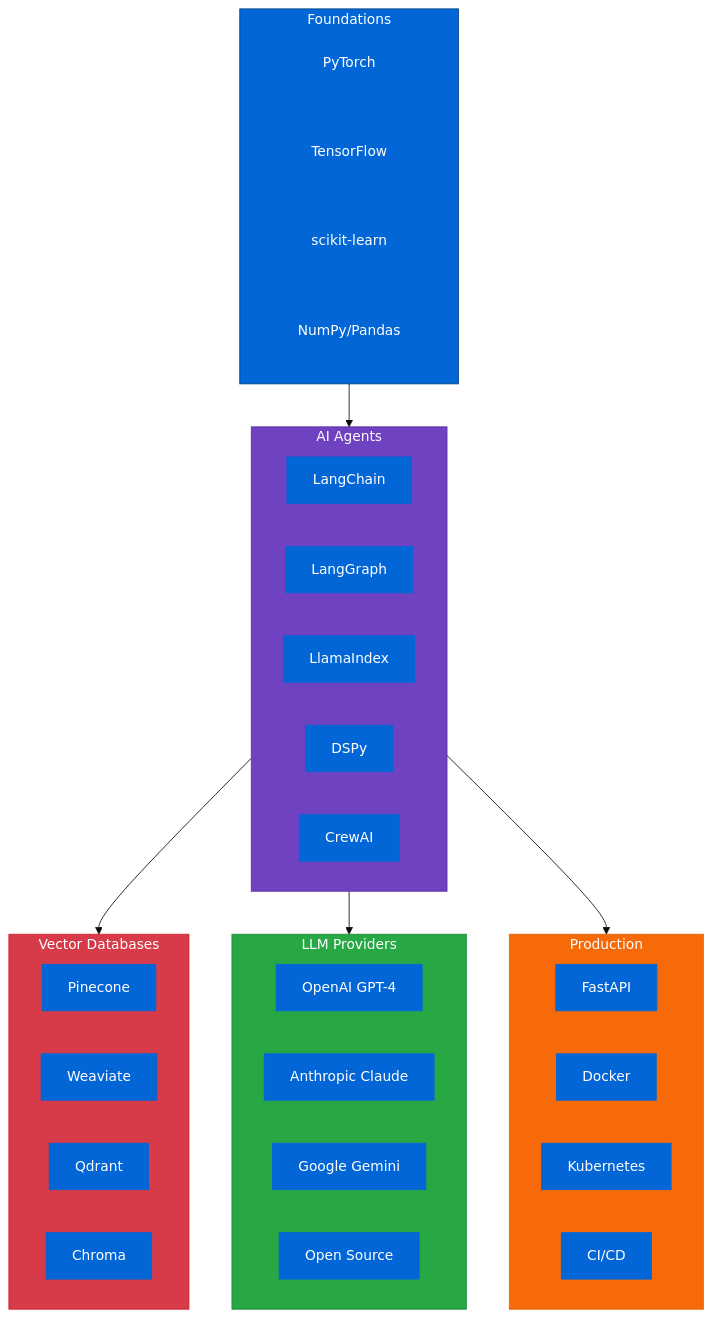
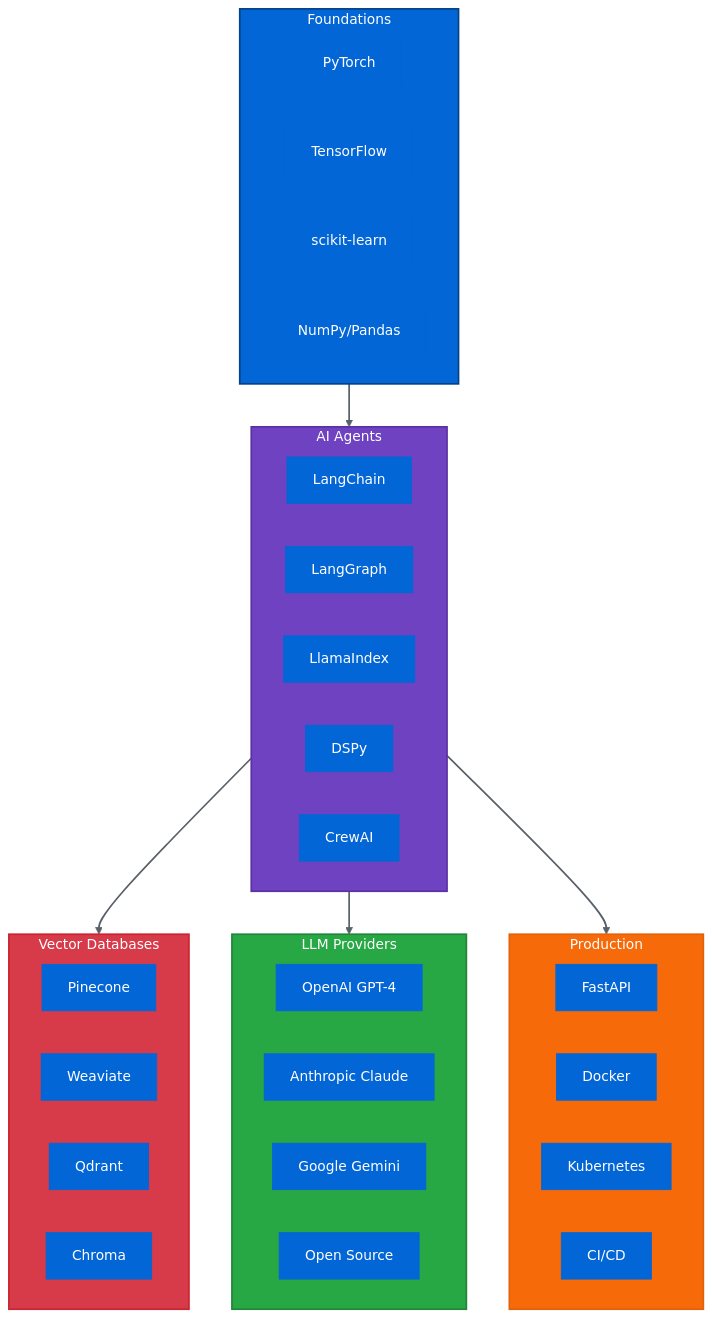
The fourth of 22 diagrams in README.md (nexageapps/AI), drawn with Mermaid before and after one commit. The commit also changed other lines of this file and 1 other file, not shown here.

````diff
--- a/README.md
+++ b/README.md
@@ -143,50 +147,52 @@
 ```mermaid
-%%{init: {'theme':'base', 'themeVariables': {'primaryColor':'#0366d6','primaryTextColor':'#fff','primaryBorderColor':'#0366d6'}}}%%
+%%{init: {'theme':'base', 'themeVariables': {'primaryColor':'#0366d6','primaryTextColor':'#fff','primaryBorderColor':'#0366d6','lineColor':'#586069','defaultLinkColor':'#586069','edgeLabelBackground':'#fafbfc'}}}%%
 graph TD
     subgraph Foundations
         F1[PyTorch]
         F2[TensorFlow]
         F3[scikit-learn]
         F4[NumPy/Pandas]
     end
     
     subgraph Agents["AI Agents"]
         A1[LangChain]
         A2[LangGraph]
         A3[LlamaIndex]
         A4[DSPy]
         A5[CrewAI]
     end
     
     subgraph VectorDB["Vector Databases"]
         V1[Pinecone]
         V2[Weaviate]
         V3[Qdrant]
         V4[Chroma]
     end
     
     subgraph LLMs["LLM Providers"]
         L1[OpenAI GPT-4]
         L2[Anthropic Claude]
         L3[Google Gemini]
         L4[Open Source]
     end
     
     subgraph Production
         P1[FastAPI]
         P2[Docker]
         P3[Kubernetes]
         P4[CI/CD]
     end
     
     Foundations --> Agents
     Agents --> VectorDB
     Agents --> LLMs
     Agents --> Production
     
-    style Foundations fill:#0366d6,stroke:#044289,color:#fff
-    style Agents fill:#6f42c1,stroke:#5a32a3,color:#fff
-    style VectorDB fill:#d73a49,stroke:#cb2431,color:#fff
-    style LLMs fill:#28a745,stroke:#22863a,color:#fff
-    style Production fill:#f66a0a,stroke:#e36209,color:#fff
+    linkStyle default stroke:#586069,stroke-width:2px
+    
+    style Foundations fill:#0366d6,stroke:#044289,stroke-width:2px,color:#fff
+    style Agents fill:#6f42c1,stroke:#5a32a3,stroke-width:2px,color:#fff
+    style VectorDB fill:#d73a49,stroke:#cb2431,stroke-width:2px,color:#fff
+    style LLMs fill:#28a745,stroke:#22863a,stroke-width:2px,color:#fff
+    style Production fill:#f66a0a,stroke:#e36209,stroke-width:2px,color:#fff
 ```
````
